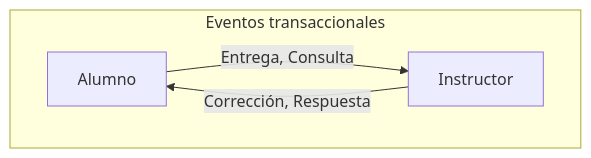
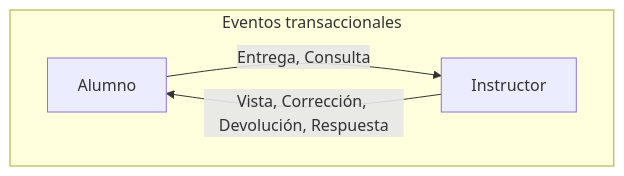
One commit to daviniadelarosa/api-spring-boot changed the first of 3 diagrams in docs/design.md. Above: the diagram before and after it, drawn with Mermaid. The commit also changed other lines of this file, not shown here.

````diff
--- a/docs/design.md
+++ b/docs/design.md
@@ -36,8 +36,8 @@
 ```mermaid
 flowchart LR
     subgraph T["Eventos transaccionales"]
         direction LR
         AL[Alumno] -->|Entrega, Consulta| IN[Instructor]
-        IN -->|Corrección, Respuesta| AL
+        IN -->|Vista, Corrección, Devolución, Respuesta| AL
     end
 ```
````
